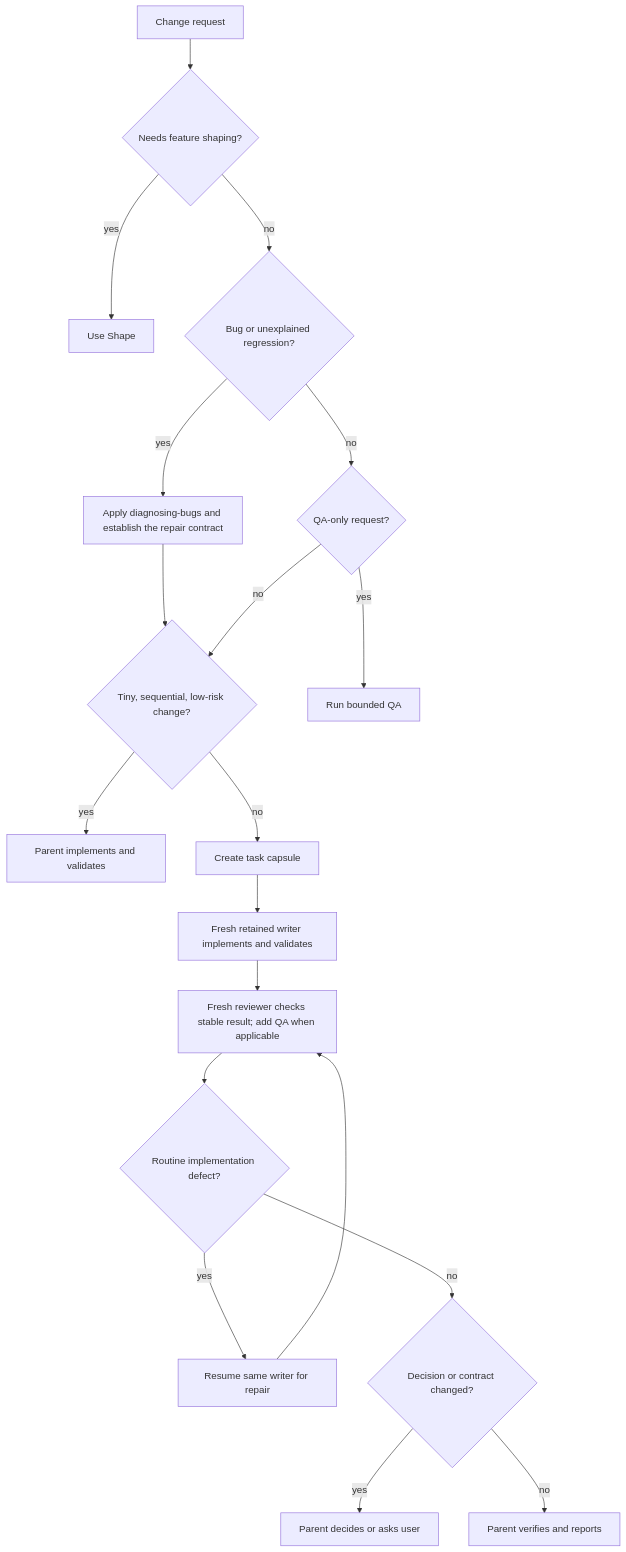
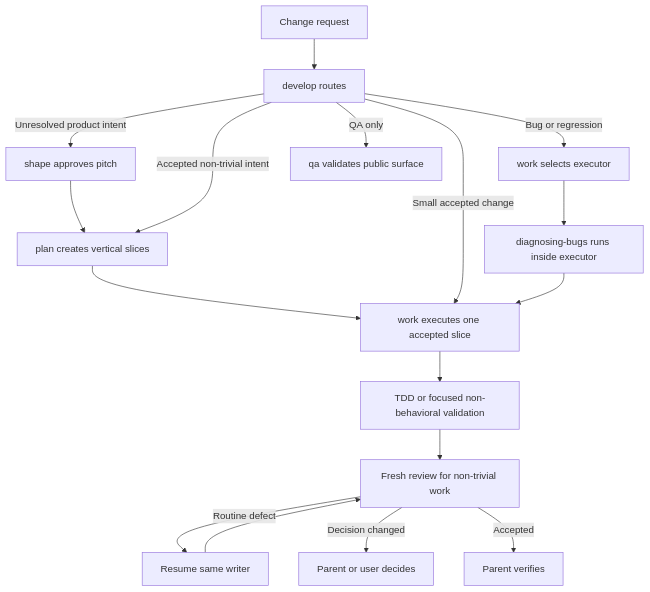
The diagram in docs/features/quality-first-coding-harness/pitch.md (mopeyjellyfish/pi-extensions), drawn with Mermaid before and after one commit. The commit also changed other lines of this file and 12 other files, not shown here.

````diff
--- a/docs/features/quality-first-coding-harness/pitch.md
+++ b/docs/features/quality-first-coding-harness/pitch.md
@@ -84,21 +138,19 @@
 ```mermaid
 flowchart TD
-    A[Change request] --> B{Needs feature shaping?}
-    B -->|yes| C[Use Shape]
-    B -->|no| D{Bug or unexplained regression?}
-    D -->|yes| E[Apply diagnosing-bugs and establish the repair contract]
-    E --> H
-    D -->|no| F{QA-only request?}
-    F -->|yes| G[Run bounded QA]
-    F -->|no| H{Tiny, sequential, low-risk change?}
-    H -->|yes| I[Parent implements and validates]
-    H -->|no| J[Create task capsule]
-    J --> K[Fresh retained writer implements and validates]
-    K --> L[Fresh reviewer checks stable result; add QA when applicable]
-    L --> M{Routine implementation defect?}
-    M -->|yes| N[Resume same writer for repair]
-    N --> L
-    M -->|no| O{Decision or contract changed?}
-    O -->|yes| P[Parent decides or asks user]
-    O -->|no| Q[Parent verifies and reports]
+    A[Change request] --> B[develop routes]
+    B -->|Unresolved product intent| C[shape approves pitch]
+    C --> D[plan creates vertical slices]
+    B -->|Accepted non-trivial intent| D
+    D --> E[work executes one accepted slice]
+    B -->|Small accepted change| E
+    B -->|Bug or regression| F[work selects executor]
+    F --> G[diagnosing-bugs runs inside executor]
+    G --> E
+    B -->|QA only| H[qa validates public surface]
+    E --> I[TDD or focused non-behavioral validation]
+    I --> J[Fresh review for non-trivial work]
+    J -->|Routine defect| K[Resume same writer]
+    K --> J
+    J -->|Decision changed| L[Parent or user decides]
+    J -->|Accepted| M[Parent verifies]
 ```
````
